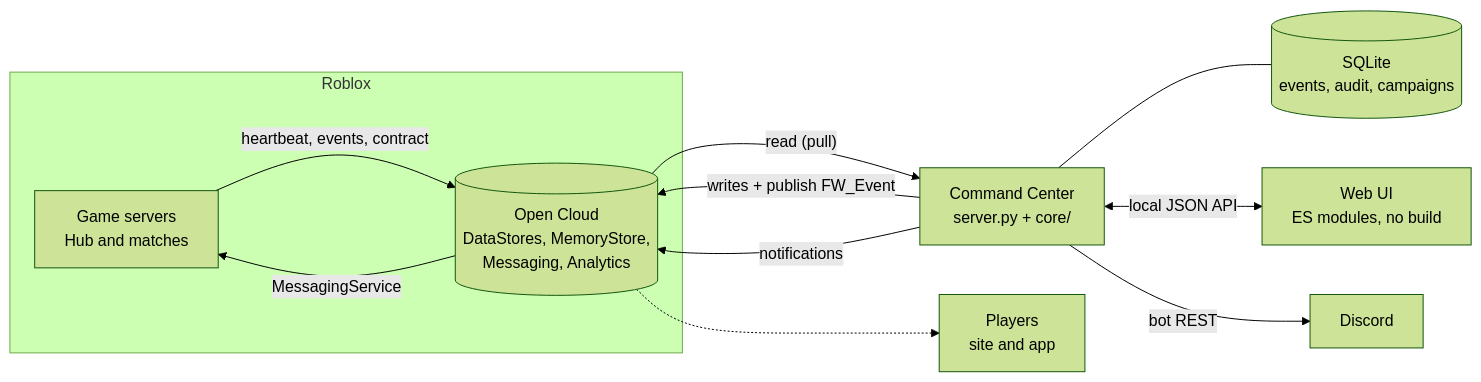
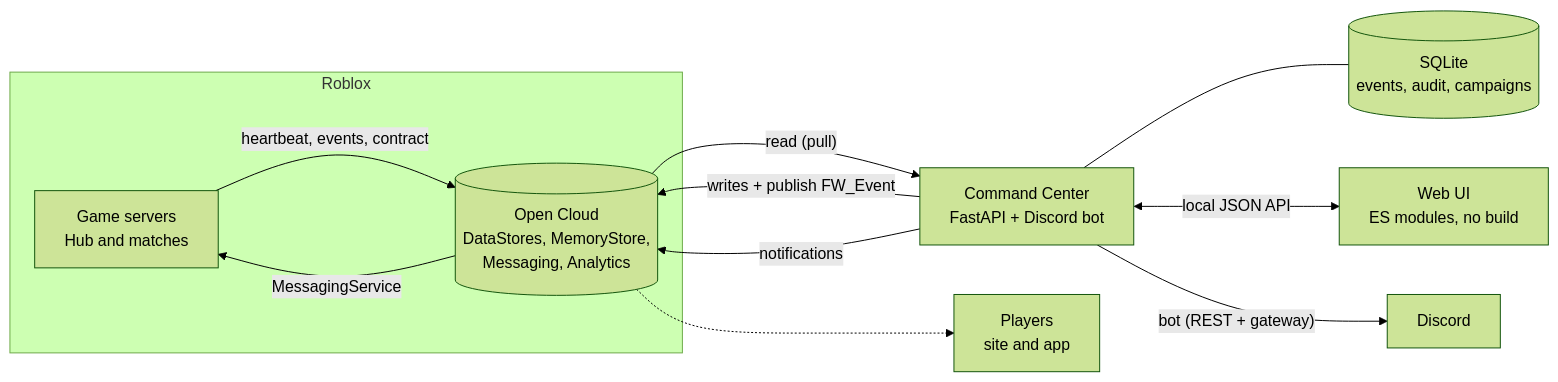
The diagram in README.md (AdamGuemil/command-center), drawn with Mermaid (forest theme) before and after one commit. The commit also changed other lines of this file and 25 other files, not shown here.

Commit message:
5b: FastAPI, bot intégré, retrait du mode démo

````diff
--- a/README.md
+++ b/README.md
@@ -44,21 +30,21 @@
 ```mermaid
 flowchart LR
   subgraph Roblox
     G["Game servers<br/>Hub and matches"]
     OC[("Open Cloud<br/>DataStores, MemoryStore,<br/>Messaging, Analytics")]
   end
-  CC["Command Center<br/>server.py + core/"]
+  CC["Command Center<br/>FastAPI + Discord bot"]
   UI["Web UI<br/>ES modules, no build"]
   DB[("SQLite<br/>events, audit, campaigns")]
   D["Discord"]
   P["Players<br/>site and app"]
   G -- "heartbeat, events, contract" --> OC
   OC -- "read (pull)" --> CC
   CC -- "writes + publish FW_Event" --> OC
   OC -- "MessagingService" --> G
   CC --- DB
   CC <-- "local JSON API" --> UI
-  CC -- "bot REST" --> D
+  CC -- "bot (REST + gateway)" --> D
   CC -- "notifications" --> OC
   OC -.-> P
 ```
````
